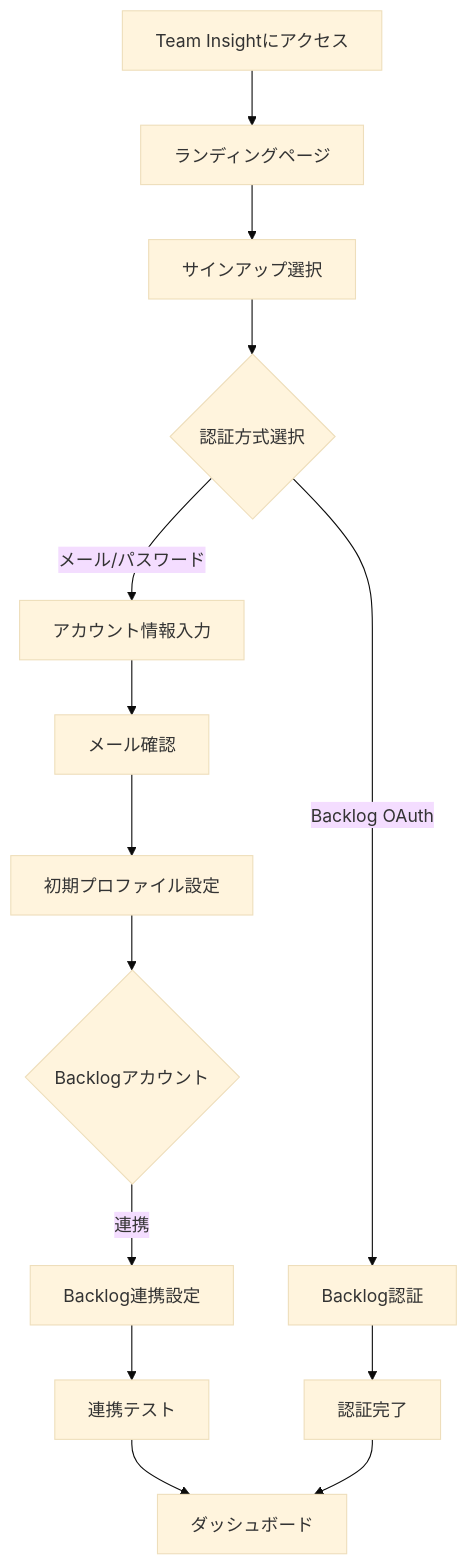
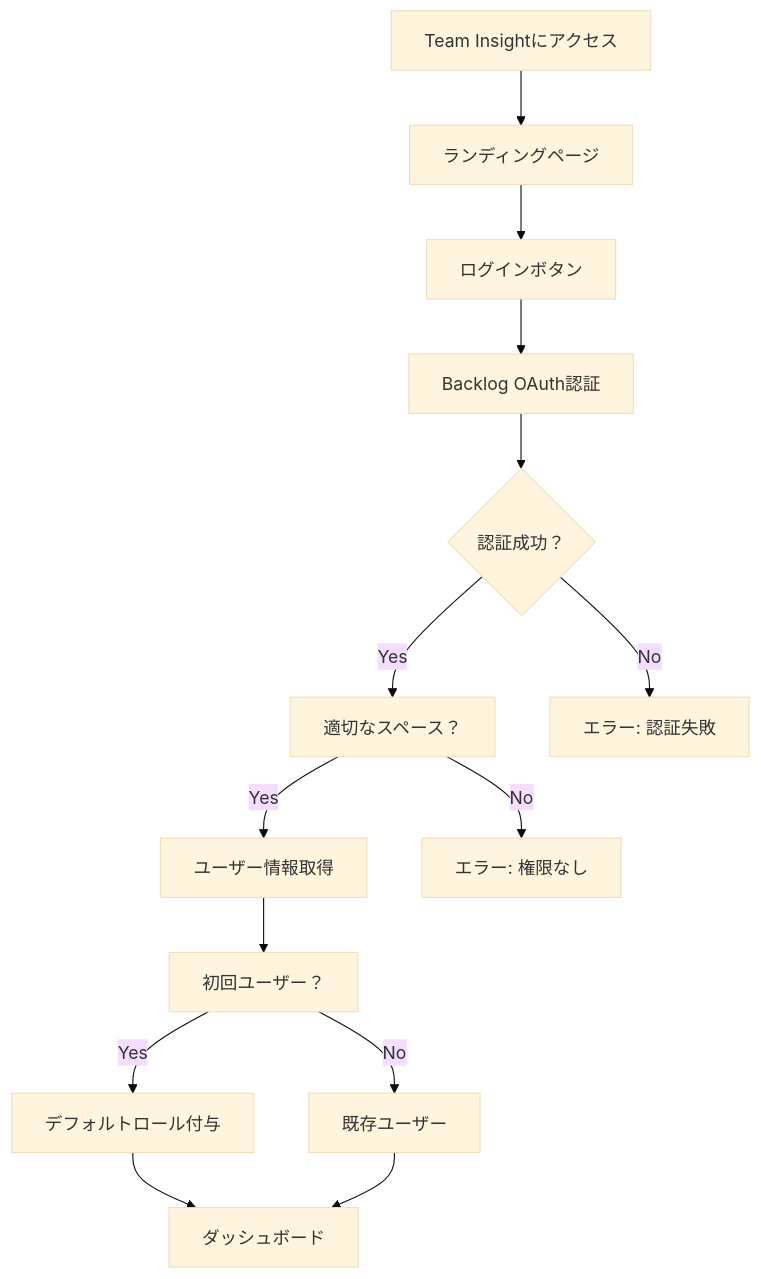
Before and after one commit to rasshii/team-insight: the sixth of 13 diagrams in Doc/mvp.md, drawn with Mermaid (base theme). The commit also changed other lines of this file and 1 other file, not shown here.

````diff
--- a/Doc/mvp.md
+++ b/Doc/mvp.md
@@ -352,21 +422,16 @@
 ```mermaid
 graph TD
     A[Team Insightにアクセス] --> B[ランディングページ]
-    B --> D[サインアップ選択]
-
-    D --> F{認証方式選択}
-    F -->|メール/パスワード| G[アカウント情報入力]
-    F -->|Backlog OAuth| H[Backlog認証]
-
-    G --> I[メール確認]
-    I --> J[初期プロファイル設定]
-    J --> K{Backlogアカウント}
-
-    K -->|連携| L[Backlog連携設定]
-
-    L --> N[連携テスト]
-    N --> O[ダッシュボード]
-
-    H --> R[認証完了]
-    R --> O
+    B --> C[ログインボタン]
+    C --> D[Backlog OAuth認証]
+    D --> E{認証成功？}
+    E -->|Yes| F[適切なスペース？]
+    F -->|Yes| G[ユーザー情報取得]
+    G --> H[初回ユーザー？]
+    H -->|Yes| I[デフォルトロール付与]
+    H -->|No| J[既存ユーザー]
+    I --> K[ダッシュボード]
+    J --> K
+    F -->|No| L[エラー: 権限なし]
+    E -->|No| M[エラー: 認証失敗]
 ```
````
